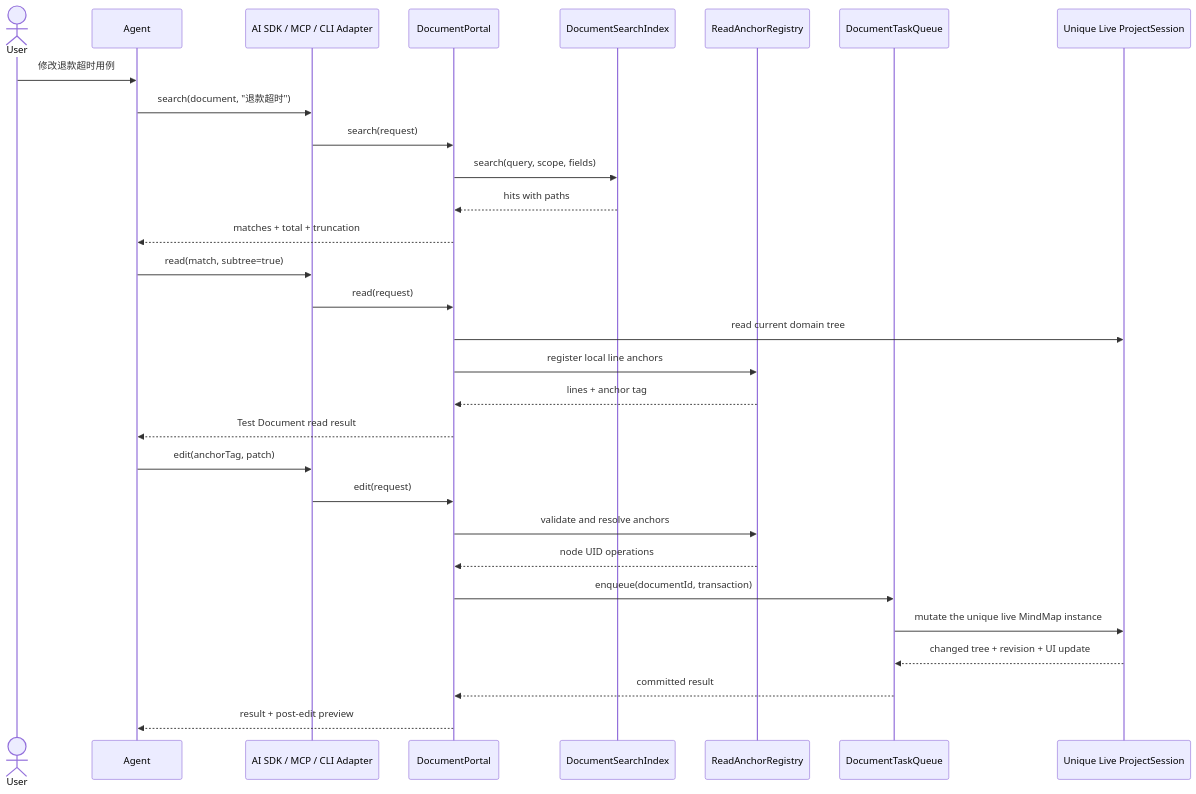
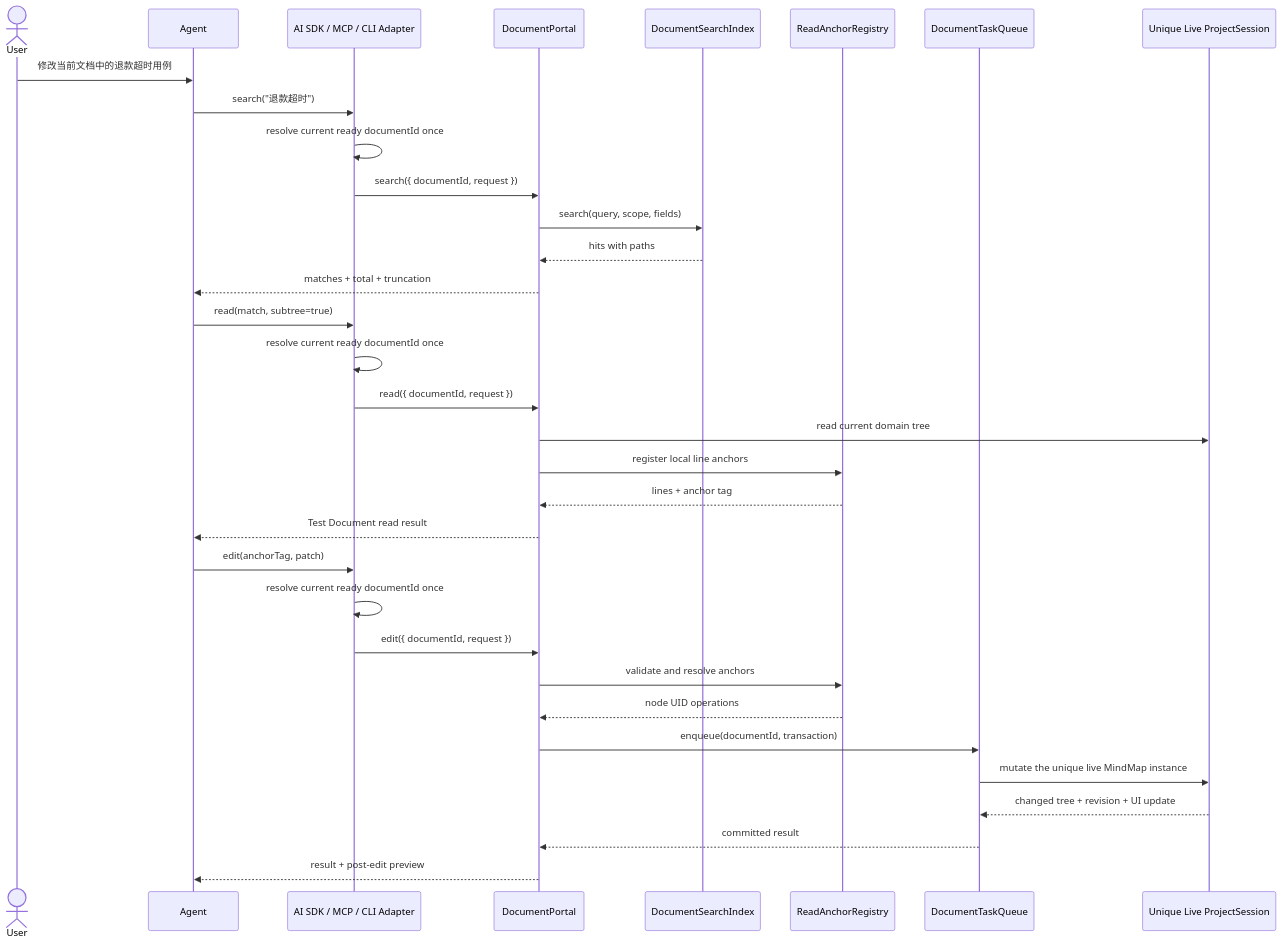
Before and after one commit to zoeymind/zoeymind-desktop: the second of 3 diagrams in docs/architecture/document-automation-portal.md, drawn with Mermaid. The commit also changed other lines of this file and 104 other files, not shown here.

First line of the commit message:
feat: complete document automation portal

````diff
--- a/docs/architecture/document-automation-portal.md
+++ b/docs/architecture/document-automation-portal.md
@@ -146,35 +203,36 @@
 ```mermaid
 sequenceDiagram
     actor User
     participant Agent
     participant Adapter as AI SDK / MCP / CLI Adapter
     participant Portal as DocumentPortal
     participant Index as DocumentSearchIndex
     participant Anchors as ReadAnchorRegistry
     participant Queue as DocumentTaskQueue
     participant Session as Unique Live ProjectSession
 
-    User->>Agent: 修改退款超时用例
-    Agent->>Adapter: search(document, "退款超时")
-    Adapter->>Portal: search(request)
+    User->>Agent: 修改当前文档中的退款超时用例
+    Agent->>Adapter: search("退款超时")
+    Adapter->>Adapter: resolve current ready documentId once
+    Adapter->>Portal: search({ documentId, request })
     Portal->>Index: search(query, scope, fields)
     Index-->>Portal: hits with paths
     Portal-->>Agent: matches + total + truncation
-
     Agent->>Adapter: read(match, subtree=true)
-    Adapter->>Portal: read(request)
+    Adapter->>Adapter: resolve current ready documentId once
+    Adapter->>Portal: read({ documentId, request })
     Portal->>Session: read current domain tree
     Portal->>Anchors: register local line anchors
     Anchors-->>Portal: lines + anchor tag
     Portal-->>Agent: Test Document read result
-
     Agent->>Adapter: edit(anchorTag, patch)
-    Adapter->>Portal: edit(request)
+    Adapter->>Adapter: resolve current ready documentId once
+    Adapter->>Portal: edit({ documentId, request })
     Portal->>Anchors: validate and resolve anchors
     Anchors-->>Portal: node UID operations
     Portal->>Queue: enqueue(documentId, transaction)
     Queue->>Session: mutate the unique live MindMap instance
     Session-->>Queue: changed tree + revision + UI update
     Queue-->>Portal: committed result
     Portal-->>Agent: result + post-edit preview
 ```
````
